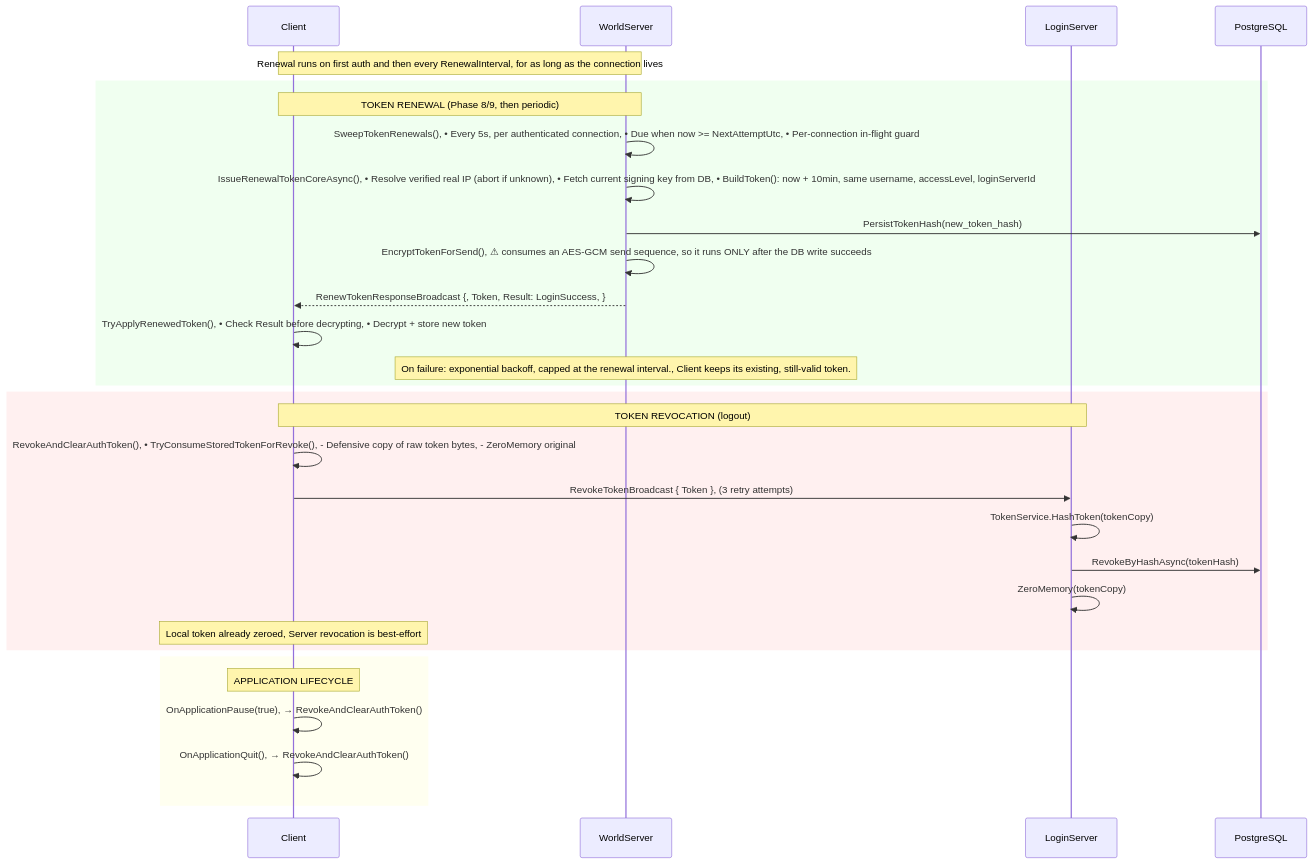
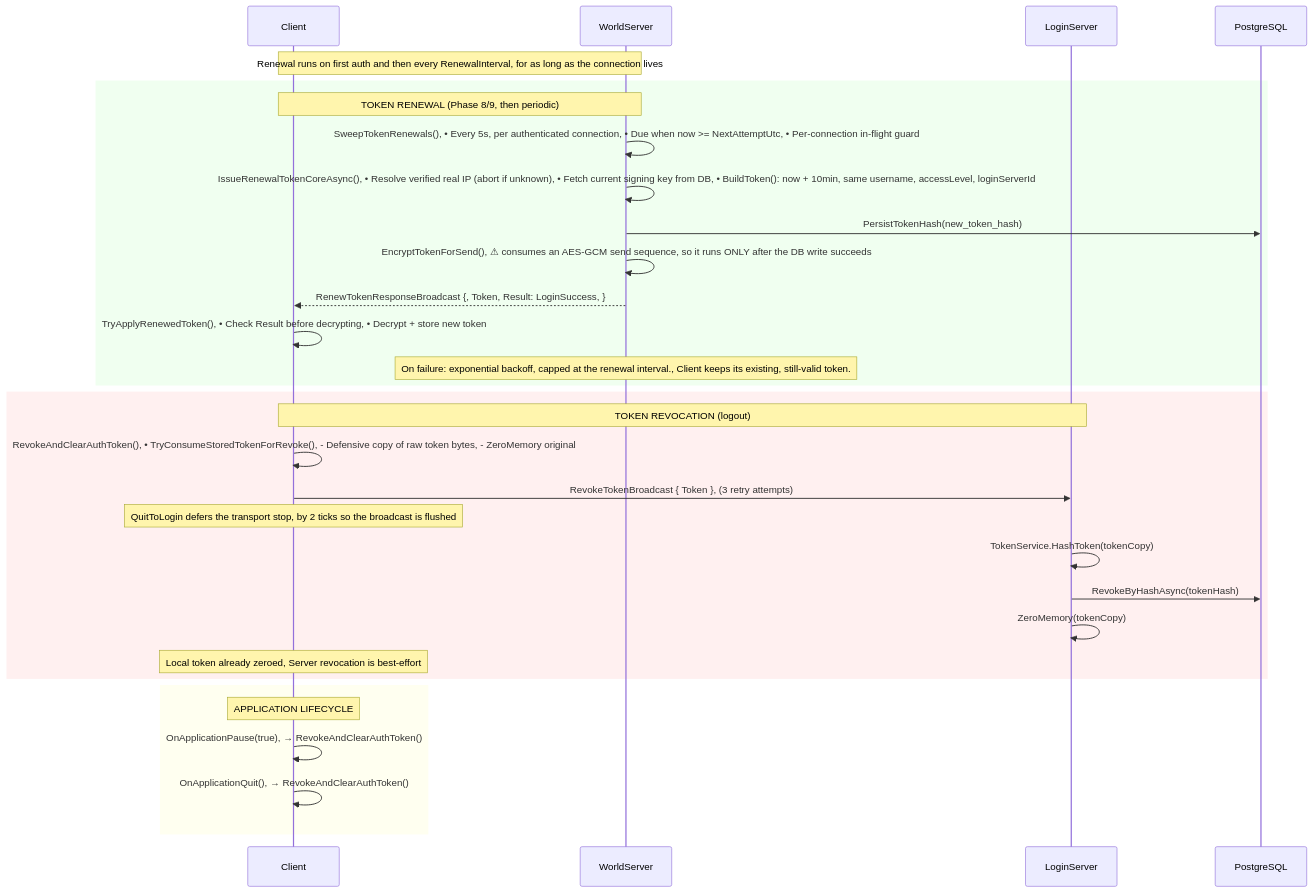
One commit to jimdroberts/FishMMO changed diagram 11 of 13 in CONNECTION_PIPELINE.md. Above: the diagram before and after it, drawn with Mermaid. The commit also changed other lines of this file and 19 other files, not shown here.

````diff
--- a/CONNECTION_PIPELINE.md
+++ b/CONNECTION_PIPELINE.md
@@ -633,36 +653,37 @@
 ```mermaid
 sequenceDiagram
     participant Client as Client
     participant World as WorldServer
     participant Login as LoginServer
     participant DB as PostgreSQL
 
     Note over Client,World: Renewal runs on first auth and then every RenewalInterval, for as long as the connection lives
 
     rect rgb(240, 255, 240)
         Note over Client,World: TOKEN RENEWAL (Phase 8/9, then periodic)
         World->>World: SweepTokenRenewals(), • Every 5s, per authenticated connection, • Due when now >= NextAttemptUtc, • Per-connection in-flight guard
         World->>World: IssueRenewalTokenCoreAsync(), • Resolve verified real IP (abort if unknown), • Fetch current signing key from DB, • BuildToken(): now + 10min,   same username, accessLevel, loginServerId
         World->>DB: PersistTokenHash(new_token_hash)
         World->>World: EncryptTokenForSend(), ⚠ consumes an AES-GCM send sequence, so it runs ONLY after the DB write succeeds
         World-->>Client: RenewTokenResponseBroadcast {, Token, Result: LoginSuccess, }
         Client->>Client: TryApplyRenewedToken(), • Check Result before decrypting, • Decrypt + store new token
         Note over World: On failure: exponential backoff, capped at the renewal interval., Client keeps its existing, still-valid token.
     end
 
     rect rgb(255, 240, 240)
         Note over Client,Login: TOKEN REVOCATION (logout)
         Client->>Client: RevokeAndClearAuthToken(), • TryConsumeStoredTokenForRevoke(),   - Defensive copy of raw token bytes,   - ZeroMemory original
         Client->>Login: RevokeTokenBroadcast { Token }, (3 retry attempts)
+        Note over Client: QuitToLogin defers the transport stop, by 2 ticks so the broadcast is flushed
         Login->>Login: TokenService.HashToken(tokenCopy)
         Login->>DB: RevokeByHashAsync(tokenHash)
         Login->>Login: ZeroMemory(tokenCopy)
         Note over Client: Local token already zeroed, Server revocation is best-effort
     end
 
     rect rgb(255, 255, 240)
         Note over Client: APPLICATION LIFECYCLE
         Client->>Client: OnApplicationPause(true), → RevokeAndClearAuthToken()
         Client->>Client: OnApplicationQuit(), → RevokeAndClearAuthToken()
     end
 ```
````
